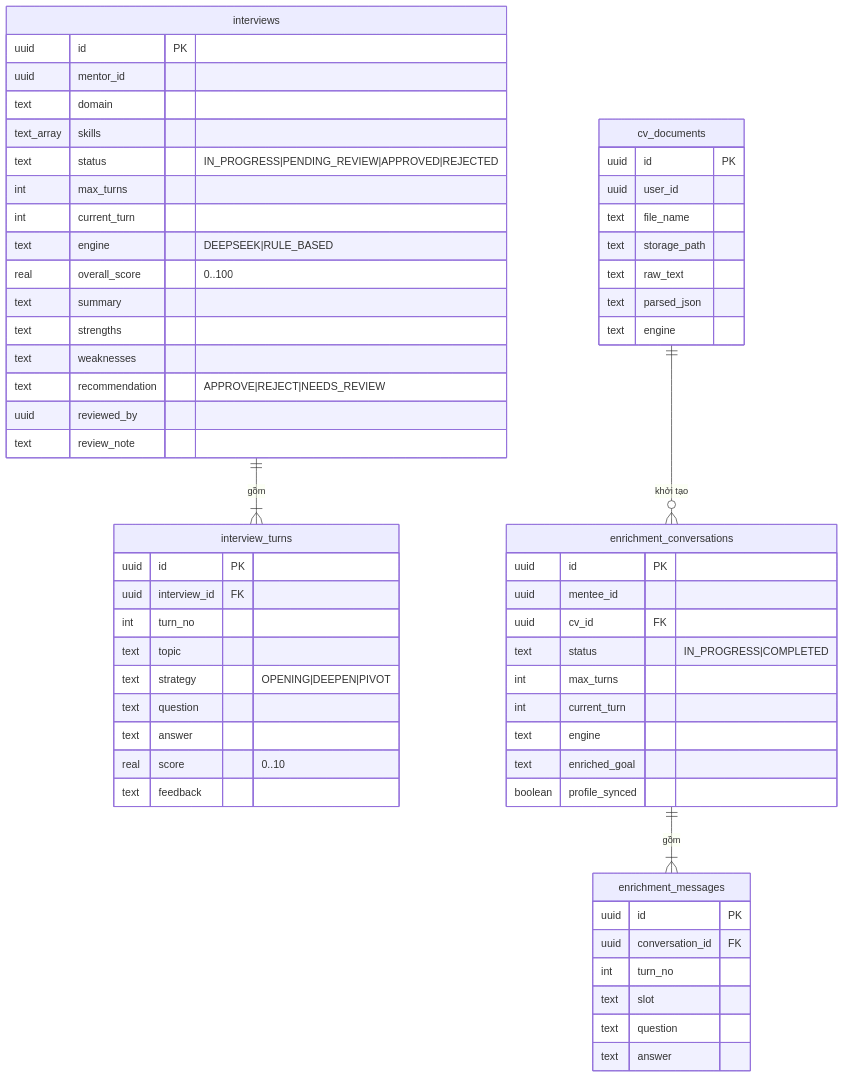
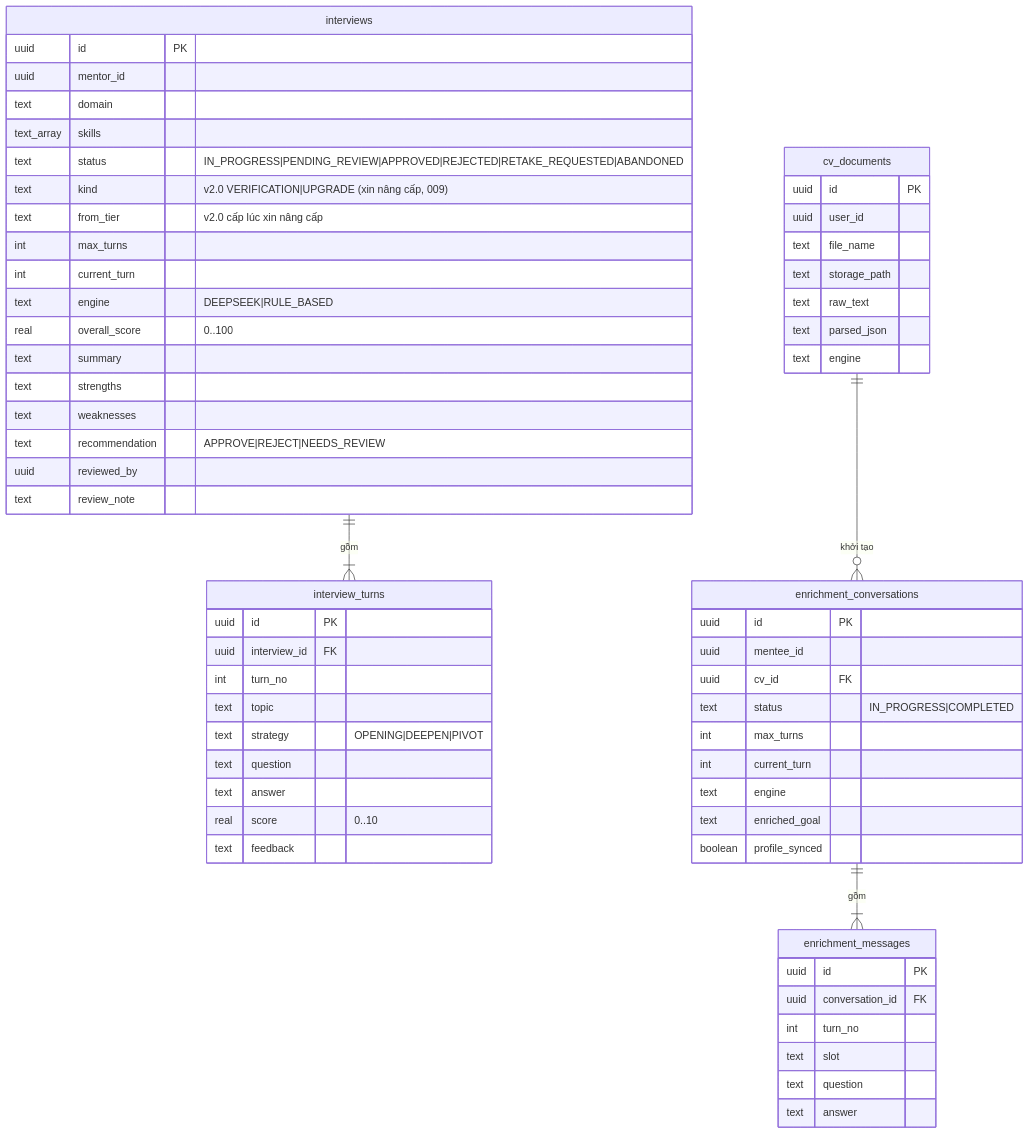
Before and after one commit to quangpham10212004/do_an_2026: the fifth of 8 diagrams in docs/database-design.md, drawn with Mermaid. The commit also changed other lines of this file and 20 other files, not shown here.

First line of the commit message:
feat(interview): approved mentors apply for a higher tier after 90 days

````diff
--- a/docs/database-design.md
+++ b/docs/database-design.md
@@ -230,63 +230,65 @@
 ```mermaid
 erDiagram
     interviews ||--|{ interview_turns : "gồm"
     cv_documents ||--o{ enrichment_conversations : "khởi tạo"
     enrichment_conversations ||--|{ enrichment_messages : "gồm"
 
     interviews {
         uuid id PK
         uuid mentor_id
         text domain
         text_array skills
-        text status "IN_PROGRESS|PENDING_REVIEW|APPROVED|REJECTED"
+        text status "IN_PROGRESS|PENDING_REVIEW|APPROVED|REJECTED|RETAKE_REQUESTED|ABANDONED"
+        text kind "v2.0 VERIFICATION|UPGRADE (xin nâng cấp, 009)"
+        text from_tier "v2.0 cấp lúc xin nâng cấp"
         int max_turns
         int current_turn
         text engine "DEEPSEEK|RULE_BASED"
         real overall_score "0..100"
         text summary
         text strengths
         text weaknesses
         text recommendation "APPROVE|REJECT|NEEDS_REVIEW"
         uuid reviewed_by
         text review_note
     }
     interview_turns {
         uuid id PK
         uuid interview_id FK
         int turn_no
         text topic
         text strategy "OPENING|DEEPEN|PIVOT"
         text question
         text answer
         real score "0..10"
         text feedback
     }
     cv_documents {
         uuid id PK
         uuid user_id
         text file_name
         text storage_path
         text raw_text
         text parsed_json
         text engine
     }
     enrichment_conversations {
         uuid id PK
         uuid mentee_id
         uuid cv_id FK
         text status "IN_PROGRESS|COMPLETED"
         int max_turns
         int current_turn
         text engine
         text enriched_goal
         boolean profile_synced
     }
     enrichment_messages {
         uuid id PK
         uuid conversation_id FK
         int turn_no
         text slot
         text question
         text answer
     }
 ```
````
